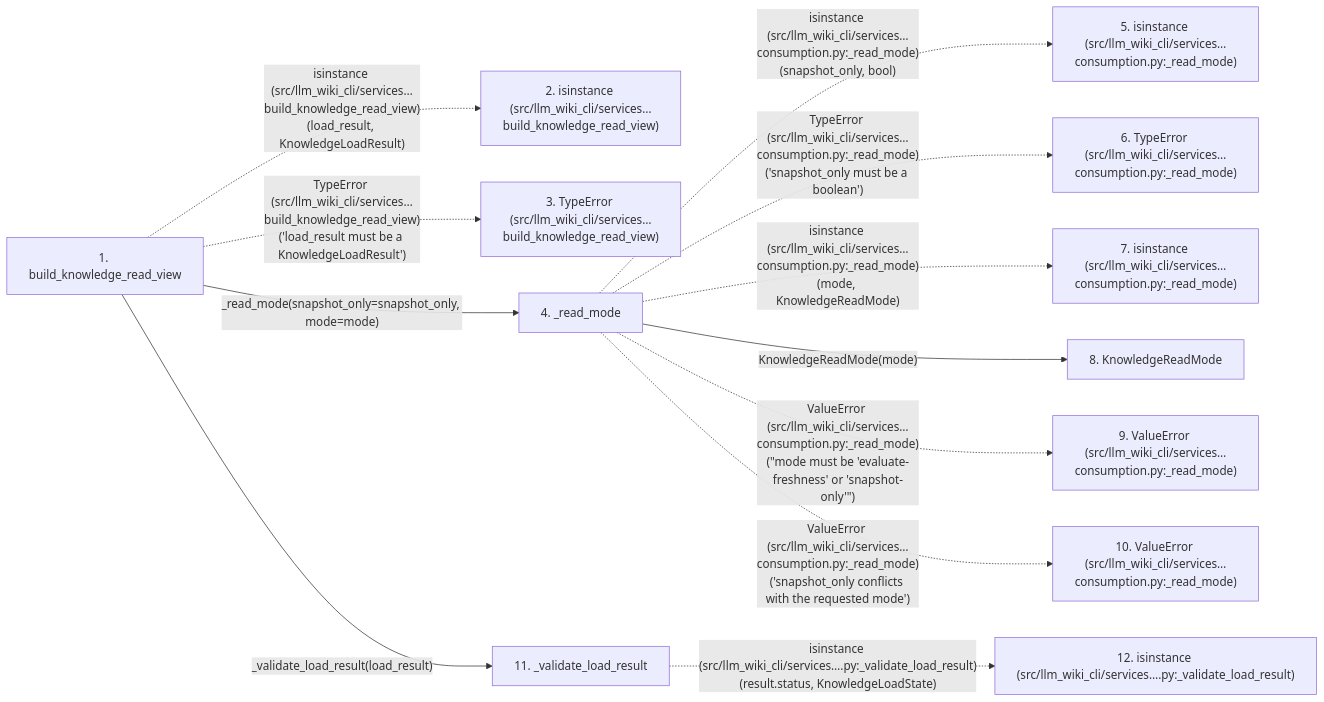
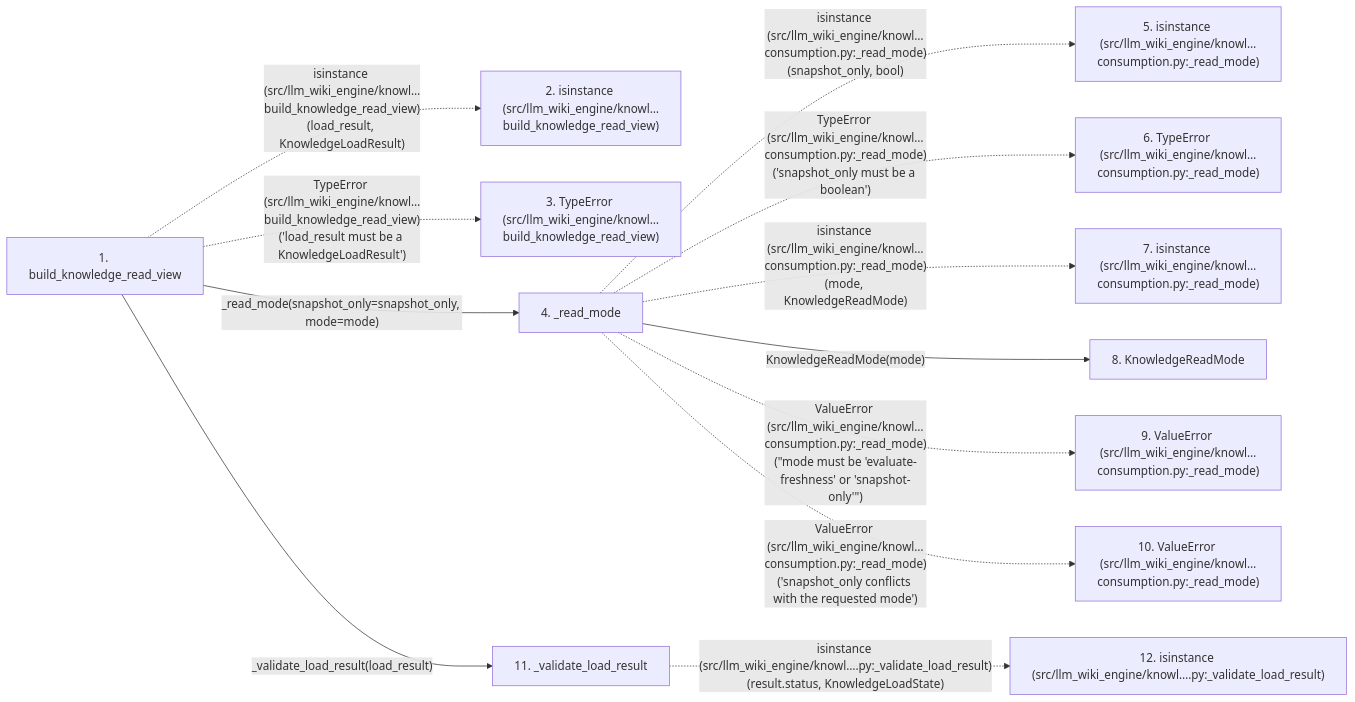
Before and after one commit to Denissvgn/python-wiki-llm: the second of 2 diagrams in docs/llm_wiki/flows/api-build_knowledge_read_view.md, drawn with Mermaid. The commit also changed other lines of this file and 1058 other files, not shown here.

First line of the commit message:
docs: refresh the wiki for the knowledge store move

````diff
--- a/docs/llm_wiki/flows/api-build_knowledge_read_view.md
+++ b/docs/llm_wiki/flows/api-build_knowledge_read_view.md
@@ -154,30 +154,30 @@
 ```mermaid
 flowchart LR
     s1["1. build_knowledge_read_view"]
-    s2["2. isinstance (src/llm_wiki_cli/services…build_knowledge_read_view)"]
-    s3["3. TypeError (src/llm_wiki_cli/services…build_knowledge_read_view)"]
+    s2["2. isinstance (src/llm_wiki_engine/knowl…build_knowledge_read_view)"]
+    s3["3. TypeError (src/llm_wiki_engine/knowl…build_knowledge_read_view)"]
     s4["4. _read_mode"]
-    s5["5. isinstance (src/llm_wiki_cli/services…consumption.py:_read_mode)"]
-    s6["6. TypeError (src/llm_wiki_cli/services…consumption.py:_read_mode)"]
-    s7["7. isinstance (src/llm_wiki_cli/services…consumption.py:_read_mode)"]
+    s5["5. isinstance (src/llm_wiki_engine/knowl…consumption.py:_read_mode)"]
+    s6["6. TypeError (src/llm_wiki_engine/knowl…consumption.py:_read_mode)"]
+    s7["7. isinstance (src/llm_wiki_engine/knowl…consumption.py:_read_mode)"]
     s8["8. KnowledgeReadMode"]
-    s9["9. ValueError (src/llm_wiki_cli/services…consumption.py:_read_mode)"]
-    s10["10. ValueError (src/llm_wiki_cli/services…consumption.py:_read_mode)"]
+    s9["9. ValueError (src/llm_wiki_engine/knowl…consumption.py:_read_mode)"]
+    s10["10. ValueError (src/llm_wiki_engine/knowl…consumption.py:_read_mode)"]
     s11["11. _validate_load_result"]
-    s12["12. isinstance (src/llm_wiki_cli/services….py:_validate_load_result)"]
-    s1 -. "isinstance (src/llm_wiki_cli/services…build_knowledge_read_view)(load_result, KnowledgeLoadResult)" .-> s2
-    s1 -. "TypeError (src/llm_wiki_cli/services…build_knowledge_read_view)('load_result must be a KnowledgeLoadResult')" .-> s3
+    s12["12. isinstance (src/llm_wiki_engine/knowl….py:_validate_load_result)"]
+    s1 -. "isinstance (src/llm_wiki_engine/knowl…build_knowledge_read_view)(load_result, KnowledgeLoadResult)" .-> s2
+    s1 -. "TypeError (src/llm_wiki_engine/knowl…build_knowledge_read_view)('load_result must be a KnowledgeLoadResult')" .-> s3
     s1 -->|"_read_mode(snapshot_only=snapshot_only, mode=mode)"| s4
-    s4 -. "isinstance (src/llm_wiki_cli/services…consumption.py:_read_mode)(snapshot_only, bool)" .-> s5
-    s4 -. "TypeError (src/llm_wiki_cli/services…consumption.py:_read_mode)('snapshot_only must be a boolean')" .-> s6
-    s4 -. "isinstance (src/llm_wiki_cli/services…consumption.py:_read_mode)(mode, KnowledgeReadMode)" .-> s7
+    s4 -. "isinstance (src/llm_wiki_engine/knowl…consumption.py:_read_mode)(snapshot_only, bool)" .-> s5
+    s4 -. "TypeError (src/llm_wiki_engine/knowl…consumption.py:_read_mode)('snapshot_only must be a boolean')" .-> s6
+    s4 -. "isinstance (src/llm_wiki_engine/knowl…consumption.py:_read_mode)(mode, KnowledgeReadMode)" .-> s7
     s4 -->|"KnowledgeReadMode(mode)"| s8
-    s4 -. "ValueError (src/llm_wiki_cli/services…consumption.py:_read_mode)(#34;mode must be 'evaluate-freshness' or 'snapshot-only'#34;)" .-> s9
-    s4 -. "ValueError (src/llm_wiki_cli/services…consumption.py:_read_mode)('snapshot_only conflicts with the requested mode')" .-> s10
+    s4 -. "ValueError (src/llm_wiki_engine/knowl…consumption.py:_read_mode)(#34;mode must be 'evaluate-freshness' or 'snapshot-only'#34;)" .-> s9
+    s4 -. "ValueError (src/llm_wiki_engine/knowl…consumption.py:_read_mode)('snapshot_only conflicts with the requested mode')" .-> s10
     s1 -->|"_validate_load_result(load_result)"| s11
-    s11 -. "isinstance (src/llm_wiki_cli/services….py:_validate_load_result)(result.status, KnowledgeLoadState)" .-> s12
+    s11 -. "isinstance (src/llm_wiki_engine/knowl….py:_validate_load_result)(result.status, KnowledgeLoadState)" .-> s12
     click s1 "../modules/knowledge_consumption.md"
     click s4 "../modules/knowledge_consumption.md"
     click s8 "../modules/knowledge_consumption.md"
     click s11 "../modules/knowledge_consumption.md"
 ```
````
